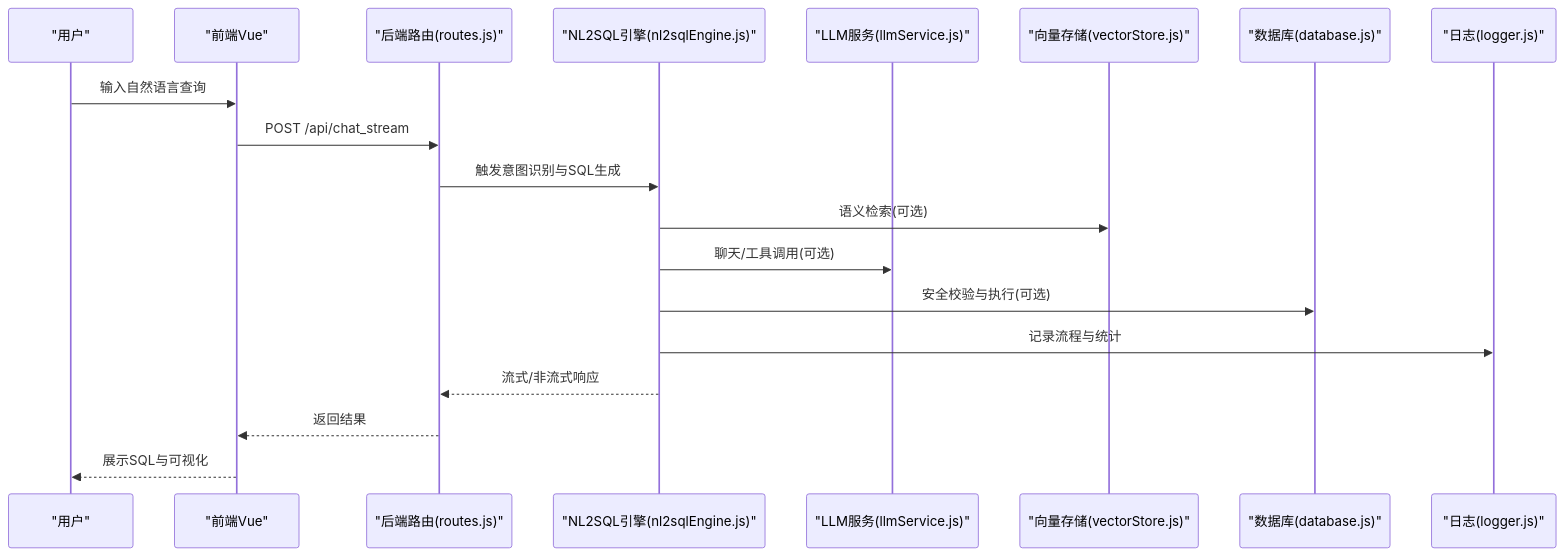
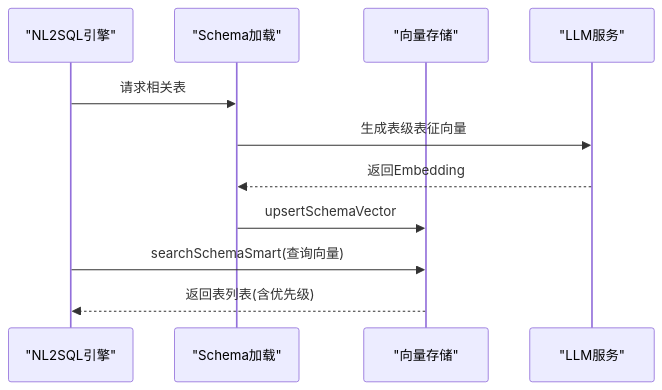
The fourth of 11 diagrams in NL2SQL/.qoder/repowiki/zh/content/系统架构/系统架构.md (HanHuiOnLine/724-office), drawn with Mermaid before and after one commit. The commit also changed other lines of this file and 170 other files, not shown here.

````diff
--- a/NL2SQL/.qoder/repowiki/zh/content/系统架构/系统架构.md
+++ b/NL2SQL/.qoder/repowiki/zh/content/系统架构/系统架构.md
@@ -129,21 +210,13 @@
 ```mermaid
 sequenceDiagram
-participant U as "用户"
-participant FE as "前端Vue"
-participant API as "后端路由(routes.js)"
-participant ENG as "NL2SQL引擎(nl2sqlEngine.js)"
-participant LLM as "LLM服务(llmService.js)"
-participant VL as "向量存储(vectorStore.js)"
-participant DB as "数据库(database.js)"
-participant LOG as "日志(logger.js)"
-U->>FE : 输入自然语言查询
-FE->>API : POST /api/chat_stream
-API->>ENG : 触发意图识别与SQL生成
-ENG->>VL : 语义检索(可选)
-ENG->>LLM : 聊天/工具调用(可选)
-ENG->>DB : 安全校验与执行(可选)
-ENG->>LOG : 记录流程与统计
-ENG-->>API : 流式/非流式响应
-API-->>FE : 返回结果
-FE-->>U : 展示SQL与可视化
+participant Engine as "NL2SQL引擎"
+participant Loader as "Schema加载"
+participant Vector as "向量存储"
+participant LLM as "LLM服务"
+Engine->>Loader : 请求相关表
+Loader->>LLM : 生成表级表征向量
+LLM-->>Loader : 返回Embedding
+Loader->>Vector : upsertSchemaVector
+Engine->>Vector : searchSchemaSmart(查询向量)
+Vector-->>Engine : 返回表列表(含优先级)
 ```
````
